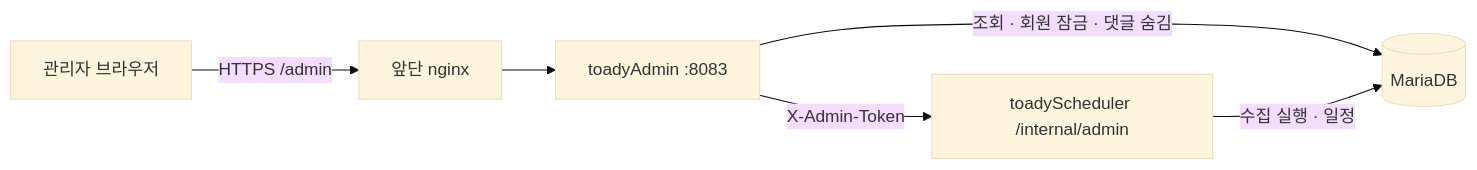
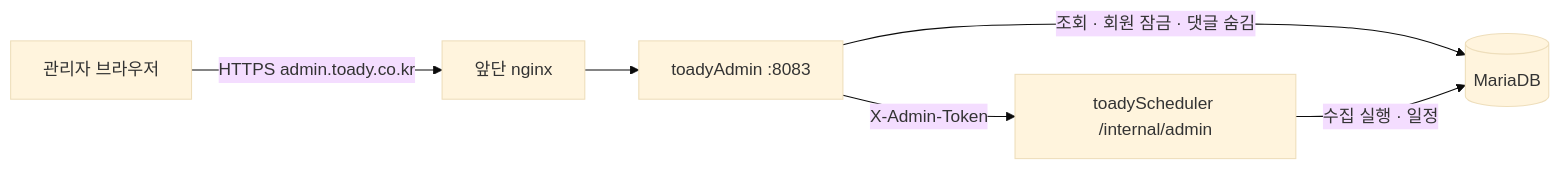
One commit to hyunyoul1004/toady changed the diagram in toadyAdmin/README.md. Above: the diagram before and after it, drawn with Mermaid (base theme). The commit also changed other lines of this file and 31 other files, not shown here.

First line of the commit message:
관리자를 admin.toady.co.kr로 분리하고 소스 리뷰 지적사항 수정

````diff
--- a/toadyAdmin/README.md
+++ b/toadyAdmin/README.md
@@ -18,7 +18,7 @@
 ```mermaid
 flowchart LR
-    Browser["관리자 브라우저"] -->|HTTPS /admin| Nginx["앞단 nginx"] --> Admin["toadyAdmin :8083"]
+    Browser["관리자 브라우저"] -->|HTTPS admin.toady.co.kr| Nginx["앞단 nginx"] --> Admin["toadyAdmin :8083"]
     Admin -->|조회 · 회원 잠금 · 댓글 숨김| DB[("MariaDB")]
     Admin -->|X-Admin-Token| Scheduler["toadyScheduler /internal/admin"]
     Scheduler -->|수집 실행 · 일정| DB
 ```
````
